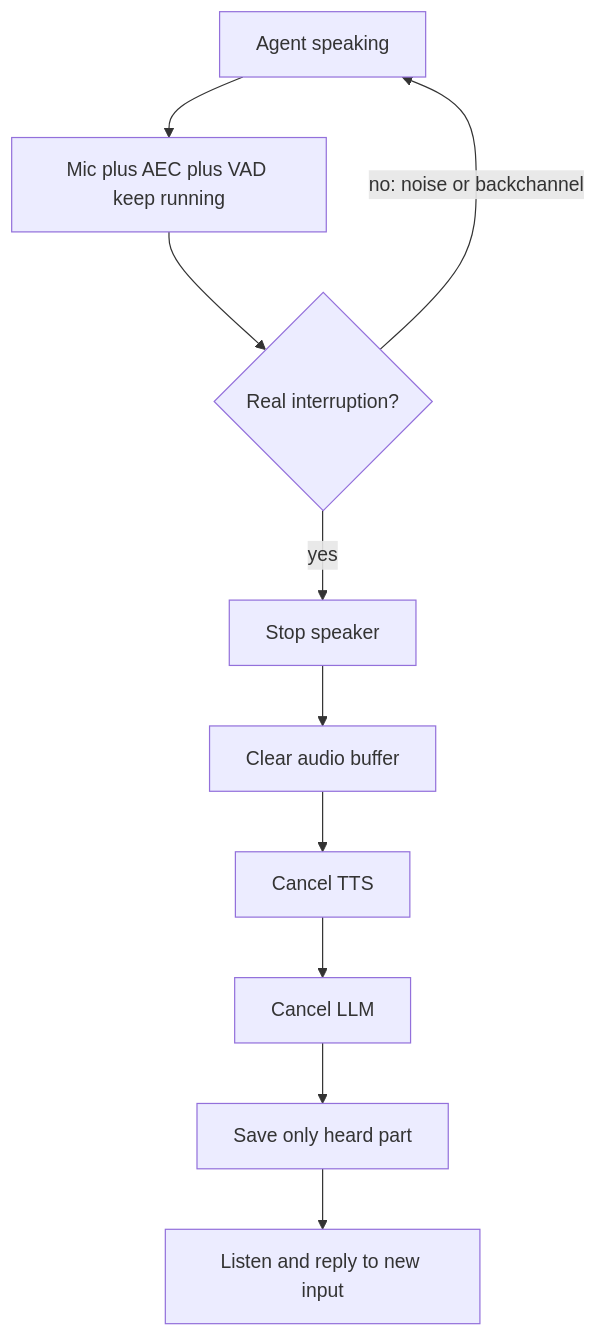
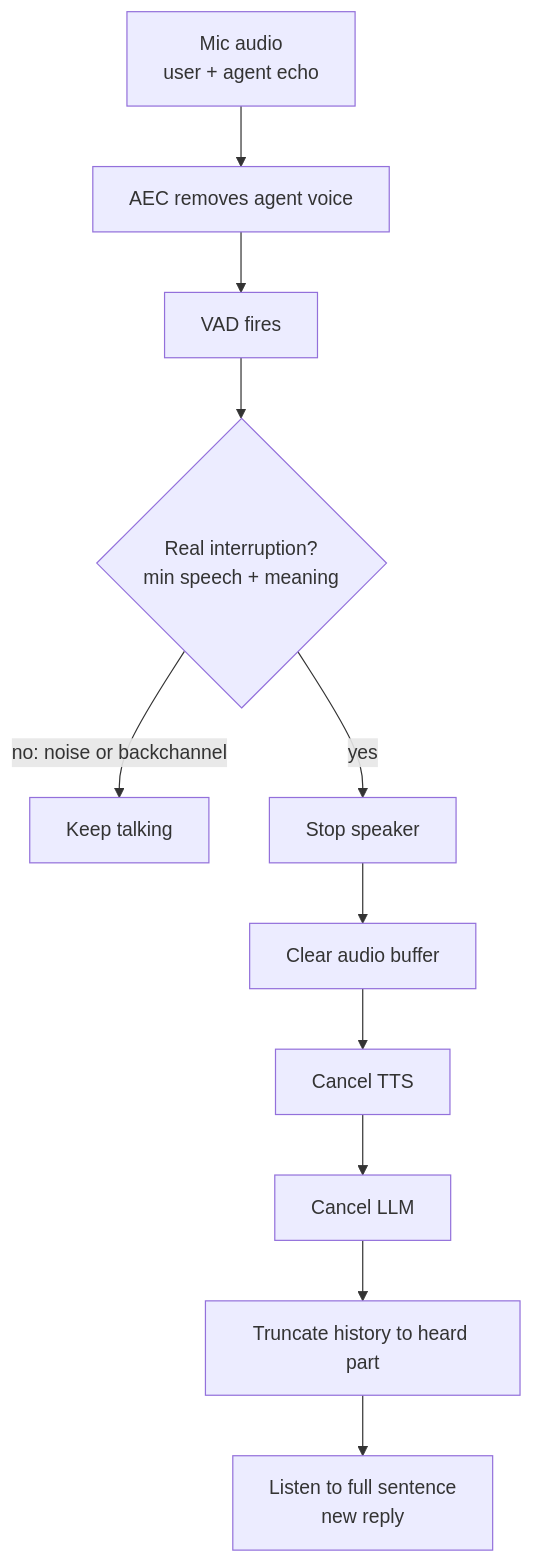
One commit to kaisarnajar/outcome-school-blogs changed the diagram in notes/step-16-ai-infrastructure-deployment-and-system-design/197-what-is-barge-in-in-a-voice-ai-agent.md. Above: the diagram before and after it, drawn with Mermaid. The commit also changed other lines of this file and 233 other files, not shown here.

````diff
--- a/notes/step-16-ai-infrastructure-deployment-and-system-design/197-what-is-barge-in-in-a-voice-ai-agent.md
+++ b/notes/step-16-ai-infrastructure-deployment-and-system-design/197-what-is-barge-in-in-a-voice-ai-agent.md
@@ -42,12 +49,13 @@
 ```mermaid
 flowchart TD
-    A["Agent speaking"] --> B["Mic plus AEC plus VAD keep running"]
-    B --> C{"Real interruption?"}
-    C -->|"no: noise or backchannel"| A
-    C -->|"yes"| D["Stop speaker"]
-    D --> E["Clear audio buffer"]
-    E --> F["Cancel TTS"]
-    F --> G["Cancel LLM"]
-    G --> H["Save only heard part"]
-    H --> I["Listen and reply to new input"]
+A1["Mic audio<br/>user + agent echo"] --> B1["AEC removes agent voice"]
+B1 --> C1["VAD fires"]
+C1 --> D1{"Real interruption?<br/>min speech + meaning"}
+D1 -->|"no: noise or backchannel"| E1["Keep talking"]
+D1 -->|"yes"| F1["Stop speaker"]
+F1 --> G1["Clear audio buffer"]
+G1 --> H1["Cancel TTS"]
+H1 --> I1["Cancel LLM"]
+I1 --> J1["Truncate history to heard part"]
+J1 --> K1["Listen to full sentence<br/>new reply"]
 ```
````
